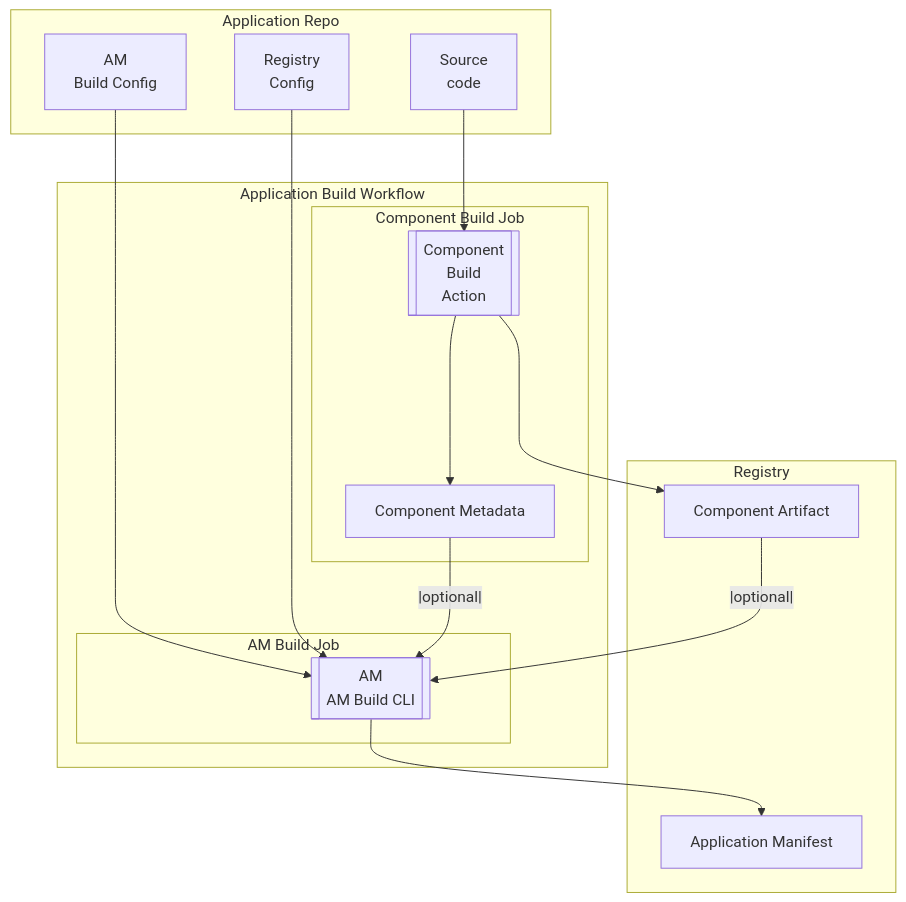
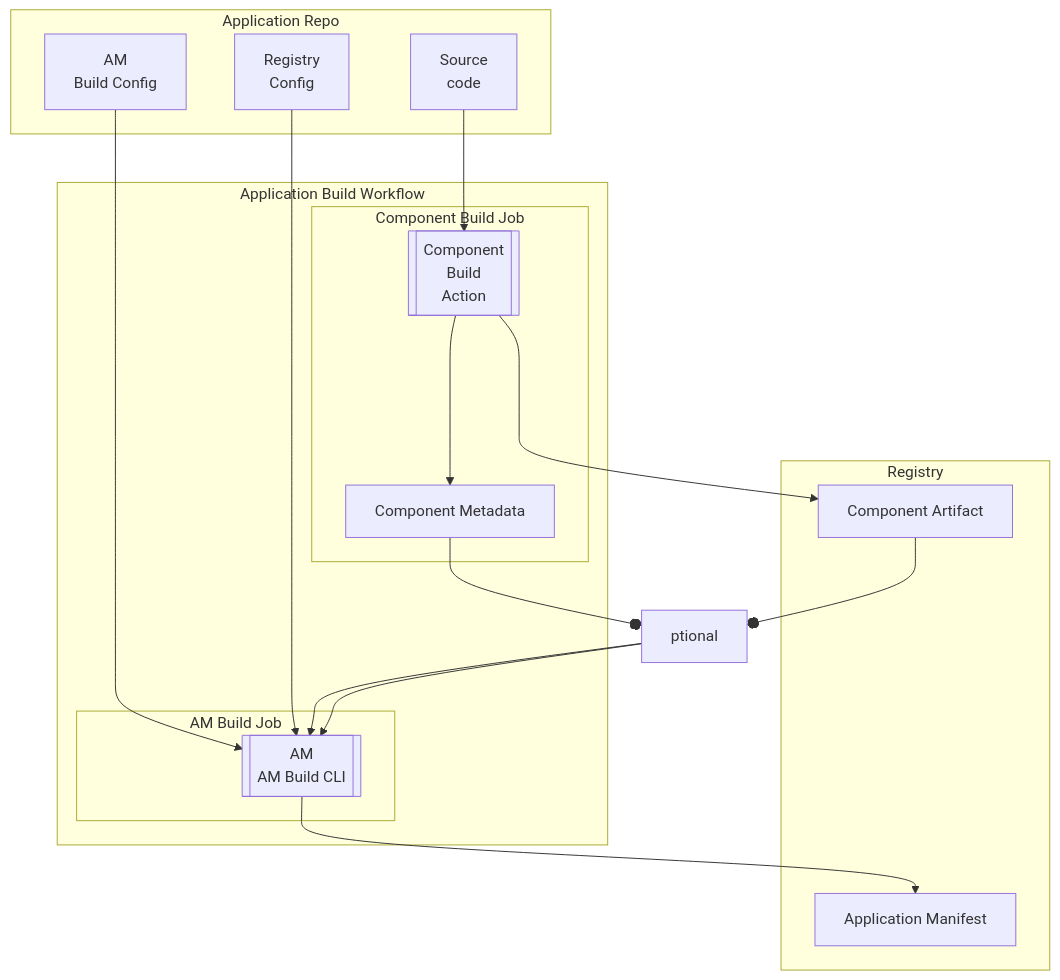
The diagram in docs/analysis/application-manifest-build-cli.md (Netcracker/qubership-envgene), drawn with Mermaid before and after one commit. The commit also changed other lines of this file, not shown here.

````diff
--- a/docs/analysis/application-manifest-build-cli.md
+++ b/docs/analysis/application-manifest-build-cli.md
@@ -51,29 +51,29 @@
 ```mermaid
 flowchart TD
     subgraph Application Repo
       A[AM<br>Build Config]
       B[Registry<br>Config]
       C[Source<br>code]
     end
     subgraph Registry
       F[Application Manifest]
       H[Component Artifact]
     end
     subgraph Application Build Workflow
       subgraph Component Build Job
         D1[[Component<br>Build<br>Action]]
         D3[Component Metadata]
         D1 ----> D3
       end
       subgraph AM Build Job
         E[[AM<br>AM Build CLI]]
       end
     end
     A --> E
     B --> E
-    D3 --|optional|--> E
+    D3 --optional--> E
     D1 --> H 
-    H --|optional|--> E
+    H --optional--> E
     C --> D1
     E --> F
 ```
````
